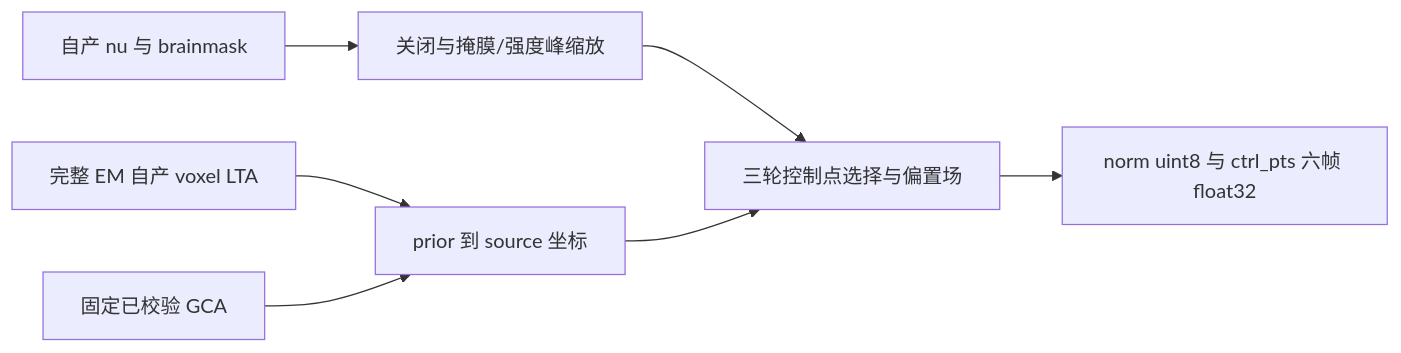
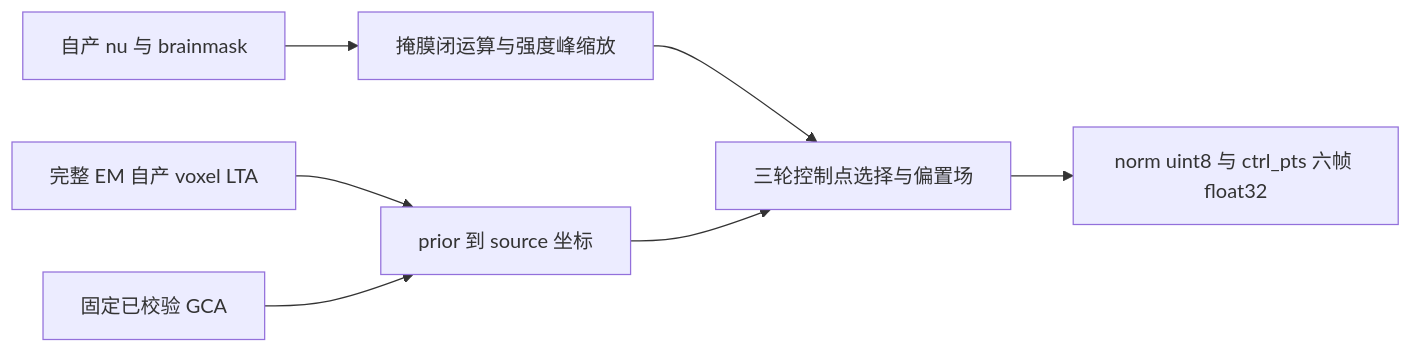
The diagram in docs/recon_all/CA_NORMALIZATION.md (weikanggong1/Fudan-Neuroimaging-toolkit), drawn with Mermaid before and after one commit. The commit also changed other lines of this file and 1172 other files, not shown here.

````diff
--- a/docs/recon_all/CA_NORMALIZATION.md
+++ b/docs/recon_all/CA_NORMALIZATION.md
@@ -7,9 +7,9 @@
 ```mermaid
 flowchart LR
-    N[自产 nu 与 brainmask] --> M[关闭与掩膜/强度峰缩放]
+    N[自产 nu 与 brainmask] --> M[掩膜闭运算与强度峰缩放]
     L[完整 EM 自产 voxel LTA] --> C[prior 到 source 坐标]
     G[固定已校验 GCA] --> C
     M --> P[三轮控制点选择与偏置场]
     C --> P
     P --> O[norm uint8 与 ctrl_pts 六帧 float32]
 ```
````
